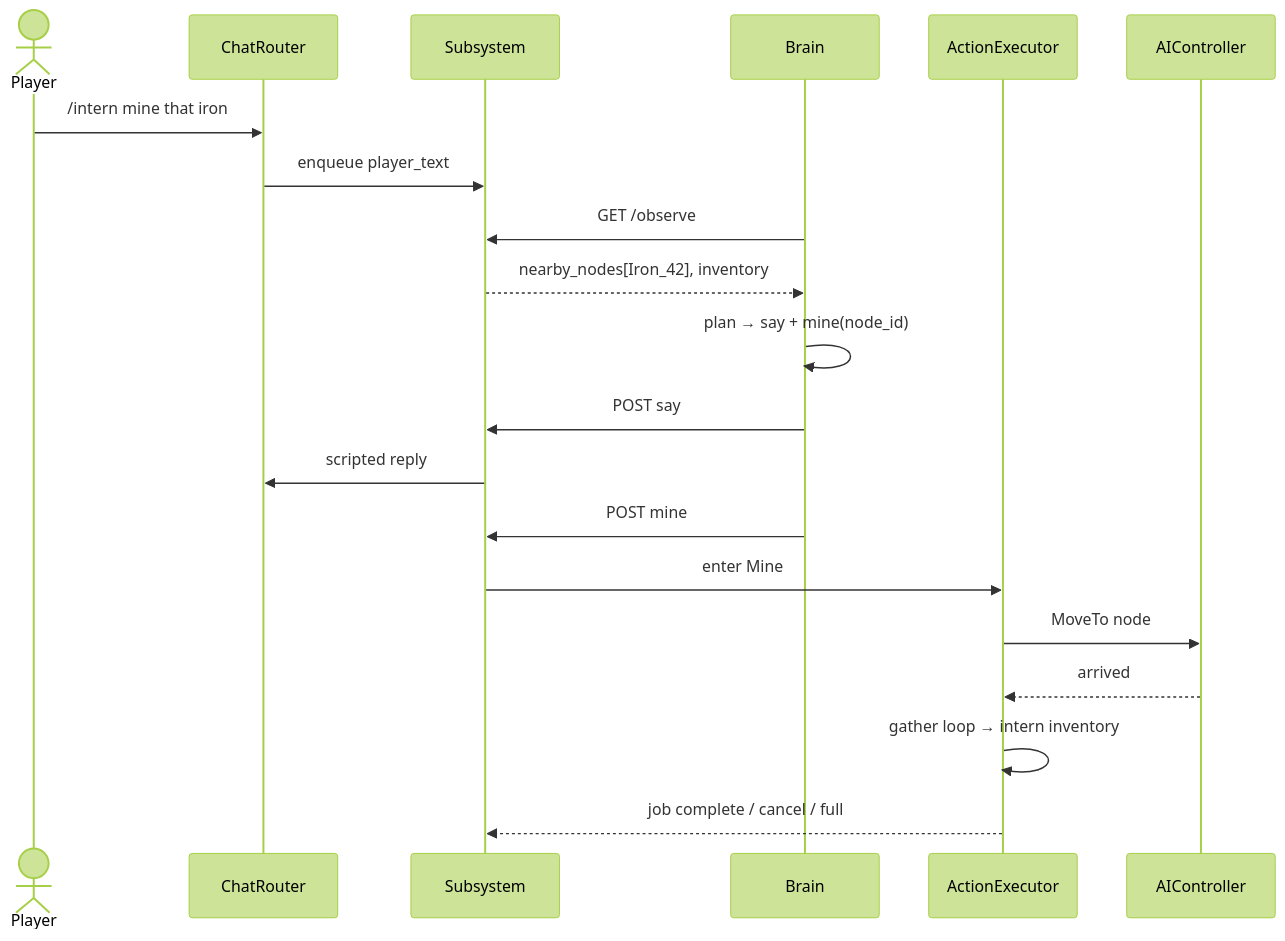
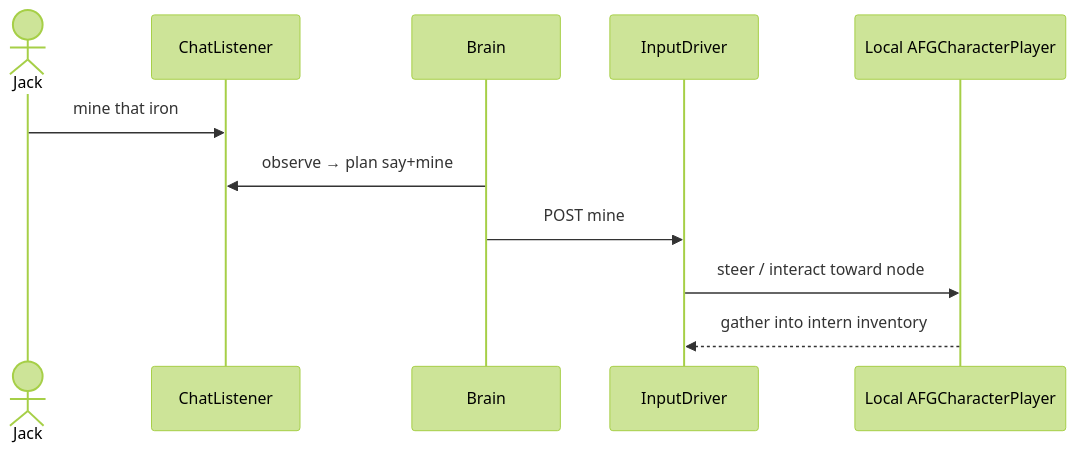
The fourth of 5 diagrams in docs/ARCHITECTURE.md (Jack-Reason/unpaid-intern), drawn with Mermaid (forest theme) before and after one commit. The commit also changed other lines of this file and 26 other files, not shown here.

````diff
--- a/docs/ARCHITECTURE.md
+++ b/docs/ARCHITECTURE.md
@@ -180,23 +143,14 @@
 ```mermaid
 sequenceDiagram
-  actor Player
-  participant Chat as ChatRouter
-  participant Sub as Subsystem
+  actor Jack
+  participant Chat as ChatListener
   participant Brain
-  participant Exec as ActionExecutor
-  participant AIC as AIController
+  participant Inp as InputDriver
+  participant PC as Local AFGCharacterPlayer
 
-  Player->>Chat: /intern mine that iron
-  Chat->>Sub: enqueue player_text
-  Brain->>Sub: GET /observe
-  Sub-->>Brain: nearby_nodes[Iron_42], inventory
-  Brain->>Brain: plan → say + mine(node_id)
-  Brain->>Sub: POST say
-  Sub->>Chat: scripted reply
-  Brain->>Sub: POST mine
-  Sub->>Exec: enter Mine
-  Exec->>AIC: MoveTo node
-  AIC-->>Exec: arrived
-  Exec->>Exec: gather loop → intern inventory
-  Exec-->>Sub: job complete / cancel / full
+  Jack->>Chat: mine that iron
+  Brain->>Chat: observe → plan say+mine
+  Brain->>Inp: POST mine
+  Inp->>PC: steer / interact toward node
+  PC-->>Inp: gather into intern inventory
 ```
````
